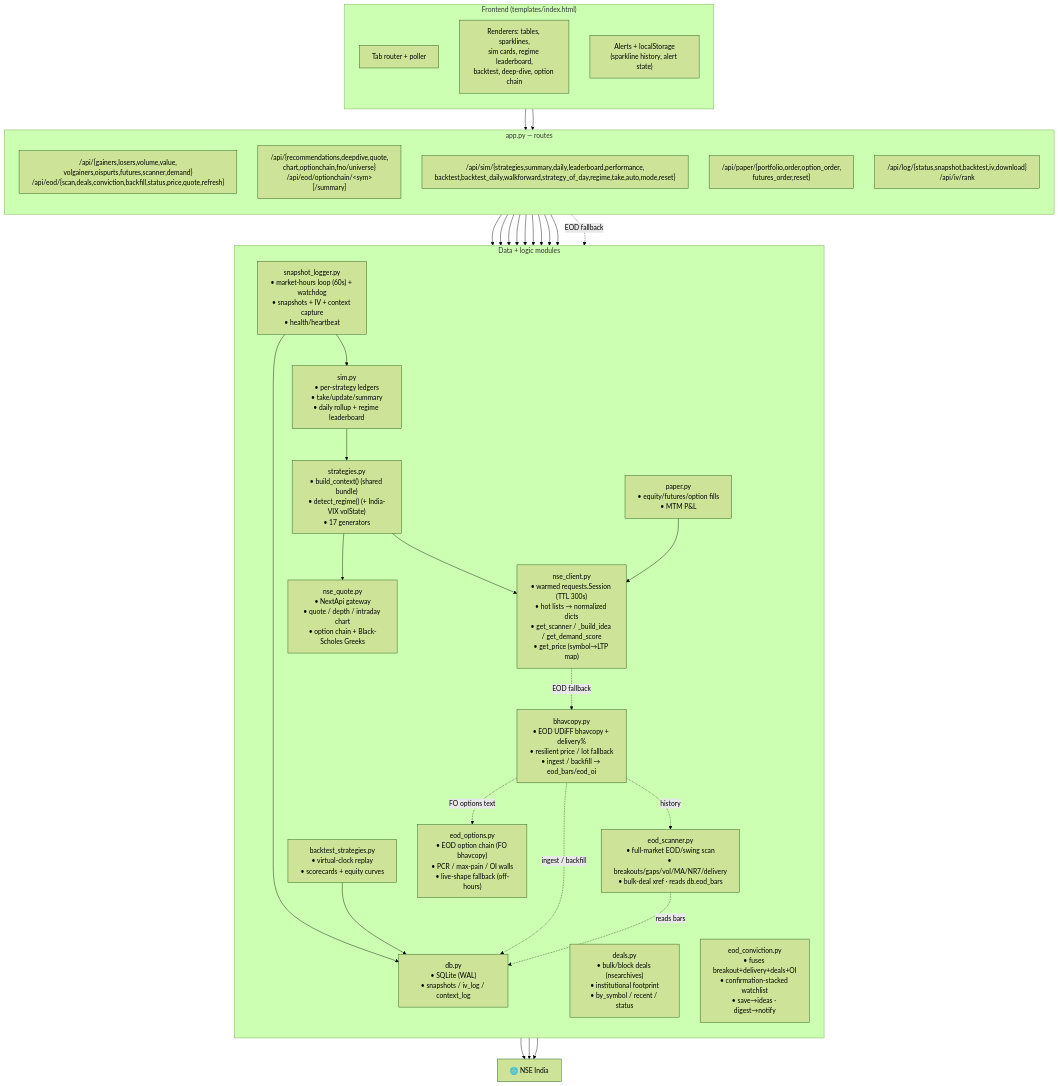
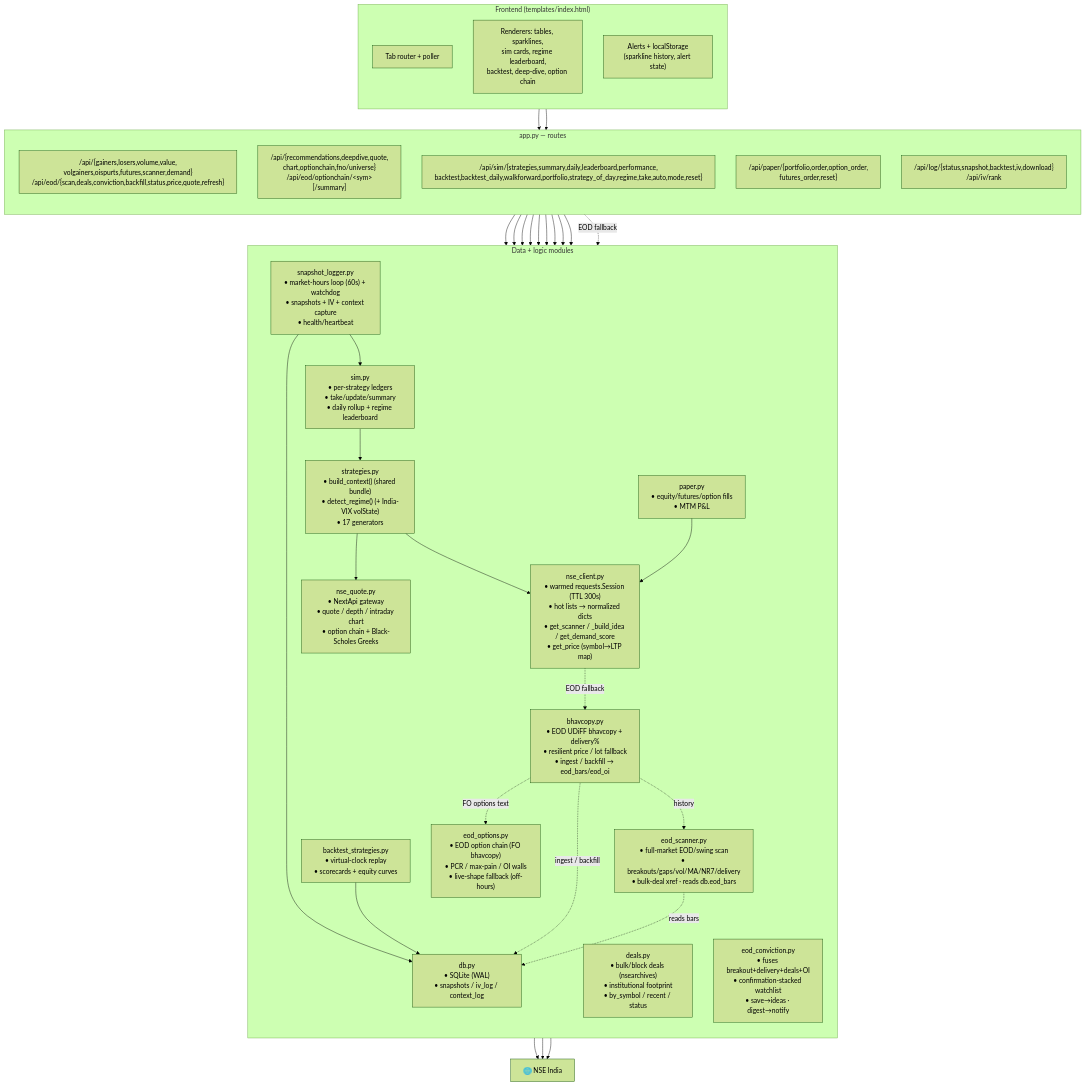
The third of 8 diagrams in README.md (aakash-jain-1/nse-market-pulse), drawn with Mermaid (forest theme) before and after one commit. The commit also changed other lines of this file and 7 other files, not shown here.

````diff
--- a/README.md
+++ b/README.md
@@ -236,60 +236,60 @@
 ```mermaid
 flowchart TB
     subgraph FE["Frontend (templates/index.html)"]
         direction TB
         TABS["Tab router + poller"]
         REND["Renderers: tables, sparklines,<br/>sim cards, regime leaderboard,<br/>backtest, deep-dive, option chain"]
         ALERT["Alerts + localStorage<br/>(sparkline history, alert state)"]
     end
 
     subgraph API["app.py — routes"]
         direction TB
         R1["/api/{gainers,losers,volume,value,<br/>volgainers,oispurts,futures,scanner,demand}<br/>/api/eod/{scan,deals,conviction,backfill,status,price,quote,refresh}"]
         R2["/api/{recommendations,deepdive,quote,<br/>chart,optionchain,fno/universe}<br/>/api/eod/optionchain/&lt;sym&gt;[/summary]"]
-        R3["/api/sim/{strategies,summary,daily,leaderboard,performance,<br/>backtest,backtest_daily,walkforward,strategy_of_day,regime,take,auto,mode,reset}"]
+        R3["/api/sim/{strategies,summary,daily,leaderboard,performance,<br/>backtest,backtest_daily,walkforward,portfolio,strategy_of_day,regime,take,auto,mode,reset}"]
         R4["/api/paper/{portfolio,order,option_order,<br/>futures_order,reset}"]
         R5["/api/log/{status,snapshot,backtest,iv,download}<br/>/api/iv/rank"]
     end
 
     subgraph DATA["Data + logic modules"]
         direction TB
         NC["nse_client.py<br/>• warmed requests.Session (TTL 300s)<br/>• hot lists → normalized dicts<br/>• get_scanner / _build_idea / get_demand_score<br/>• get_price (symbol→LTP map)"]
         NQ["nse_quote.py<br/>• NextApi gateway<br/>• quote / depth / intraday chart<br/>• option chain + Black-Scholes Greeks"]
         BC["bhavcopy.py<br/>• EOD UDiFF bhavcopy + delivery%<br/>• resilient price / lot fallback<br/>• ingest / backfill → eod_bars/eod_oi"]
         DL["deals.py<br/>• bulk/block deals (nsearchives)<br/>• institutional footprint<br/>• by_symbol / recent / status"]
         ES["eod_scanner.py<br/>• full-market EOD/swing scan<br/>• breakouts/gaps/vol/MA/NR7/delivery<br/>• bulk-deal xref · reads db.eod_bars"]
         CV["eod_conviction.py<br/>• fuses breakout+delivery+deals+OI<br/>• confirmation-stacked watchlist<br/>• save→ideas · digest→notify"]
         EO["eod_options.py<br/>• EOD option chain (FO bhavcopy)<br/>• PCR / max-pain / OI walls<br/>• live-shape fallback (off-hours)"]
         ST["strategies.py<br/>• build_context() (shared bundle)<br/>• detect_regime() (+ India-VIX volState)<br/>• 17 generators"]
         SM["sim.py<br/>• per-strategy ledgers<br/>• take/update/summary<br/>• daily rollup + regime leaderboard"]
         BK["backtest_strategies.py<br/>• virtual-clock replay<br/>• scorecards + equity curves"]
         PP["paper.py<br/>• equity/futures/option fills<br/>• MTM P&L"]
         SL["snapshot_logger.py<br/>• market-hours loop (60s) + watchdog<br/>• snapshots + IV + context capture<br/>• health/heartbeat"]
         DBM["db.py<br/>• SQLite (WAL)<br/>• snapshots / iv_log / context_log"]
     end
 
     NSEAPI["🌐 NSE India"]
 
     TABS --> API
     REND --> API
     R1 --> NC
     R2 --> NC & NQ
     R3 --> SM & BK & ST
     R4 --> PP
     R5 --> SL
     NC --> NSEAPI
     NQ --> NSEAPI
     ST --> NC & NQ
     SM --> ST
     SL --> SM & DBM
     BK --> DBM
     PP --> NC
     NC -.EOD fallback.-> BC
     BC --> NSEAPI
     BC -.ingest / backfill.-> DBM
     R1 --> ES
     ES -.reads bars.-> DBM
     BC -.history.-> ES
     R2 -.EOD fallback.-> EO
     BC -.FO options text.-> EO
 ```
````
